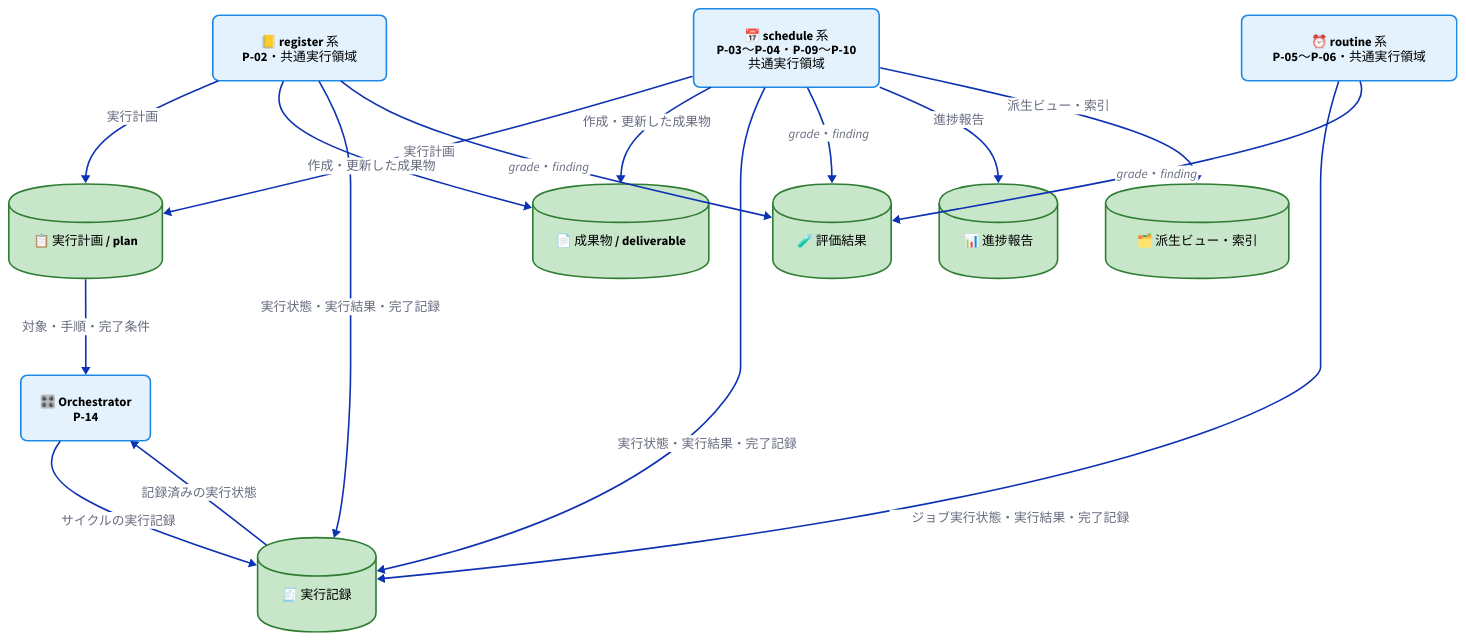
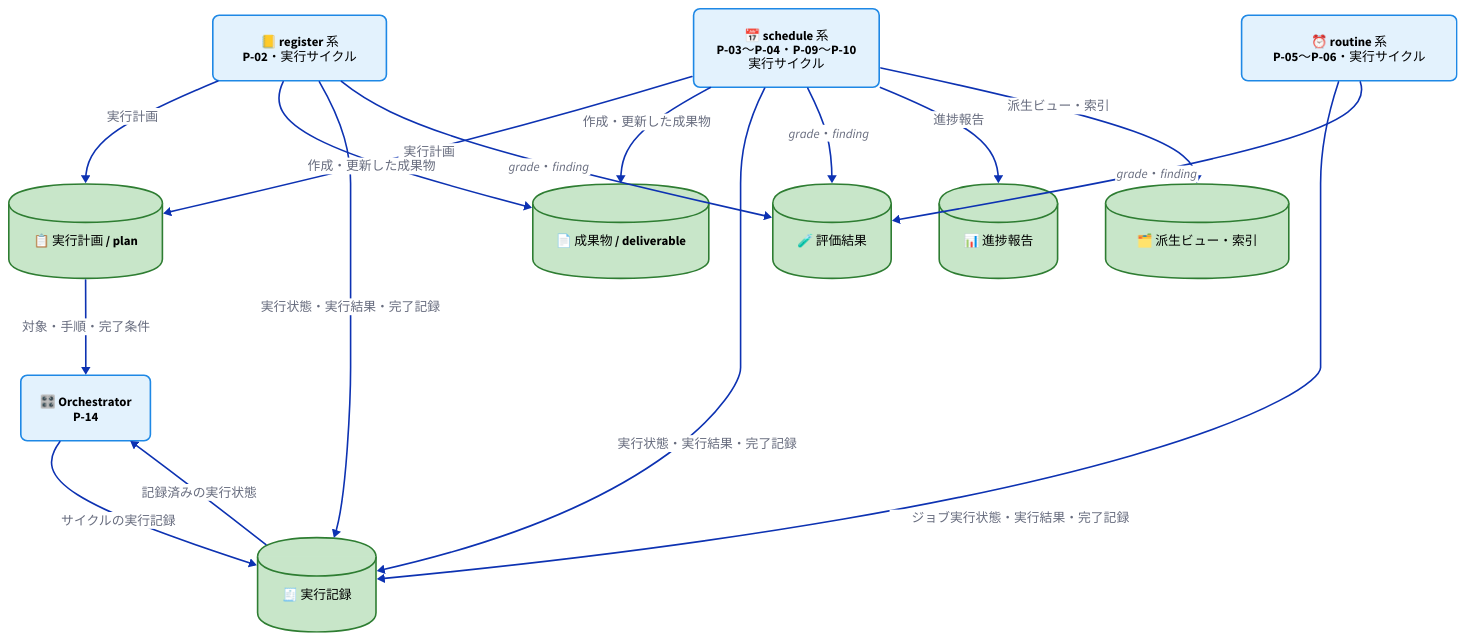
The third of 4 diagrams in docs/ja/product/010-business-specs/010-data-flow/cdfd-overview.md (specdojo/specdojo), drawn with D2 before and after one commit. The commit also changed other lines of this file, not shown here.

```diff
--- a/docs/ja/product/010-business-specs/010-data-flow/cdfd-overview.md
+++ b/docs/ja/product/010-business-specs/010-data-flow/cdfd-overview.md
@@ -346,15 +352,15 @@
   class: process
 }
 
-register_sys: "📒 register 系\nP-02・共通実行領域" {
+register_sys: "📒 register 系\nP-02・実行サイクル" {
   class: process
 }
 
-schedule_sys: "📅 schedule 系\nP-03〜P-04・P-09〜P-10\n共通実行領域" {
+schedule_sys: "📅 schedule 系\nP-03〜P-04・P-09〜P-10\n実行サイクル" {
   class: process
 }
 
-routine_sys: "⏰ routine 系\nP-05〜P-06・共通実行領域" {
+routine_sys: "⏰ routine 系\nP-05〜P-06・実行サイクル" {
   class: process
 }
 
```
